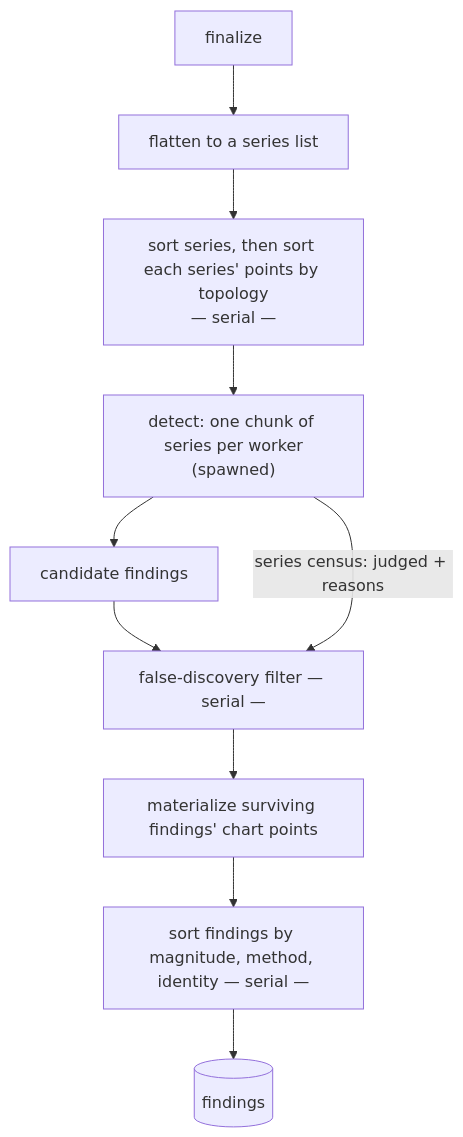
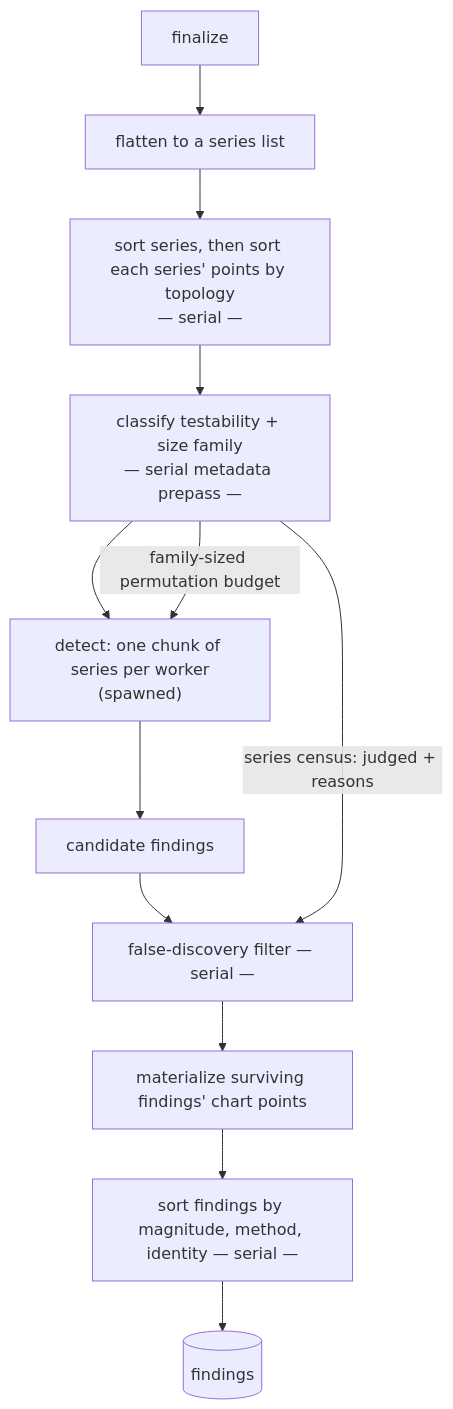
Before and after one commit to folo-rs/folo: the third of 4 diagrams in packages/cargo-bench-history/docs/analyze.md, drawn with Mermaid. The commit also changed other lines of this file and 32 other files, not shown here.

````diff
--- a/packages/cargo-bench-history/docs/analyze.md
+++ b/packages/cargo-bench-history/docs/analyze.md
@@ -116,12 +116,14 @@
 ```mermaid
 flowchart TD
   FIN["finalize"] --> FLAT["flatten to a series list"]
   FLAT --> SS["sort series, then sort each series' points by topology\n— serial —"]
-  SS --> DALL["detect: one chunk of series per worker\n(spawned)"]
+  SS --> CENSUS["classify testability + size family\n— serial metadata prepass —"]
+  CENSUS --> DALL["detect: one chunk of series per worker\n(spawned)"]
   DALL --> CANDS["candidate findings"]
   CANDS --> BH["false-discovery filter — serial —"]
-  DALL -->|series census: judged + reasons| BH
+  CENSUS -->|series census: judged + reasons| BH
+  CENSUS -->|family-sized permutation budget| DALL
   BH --> MAT["materialize surviving findings' chart points"]
   MAT --> SF["sort findings by magnitude, method, identity — serial —"]
   SF --> FINDINGS[("findings")]
 ```
````
